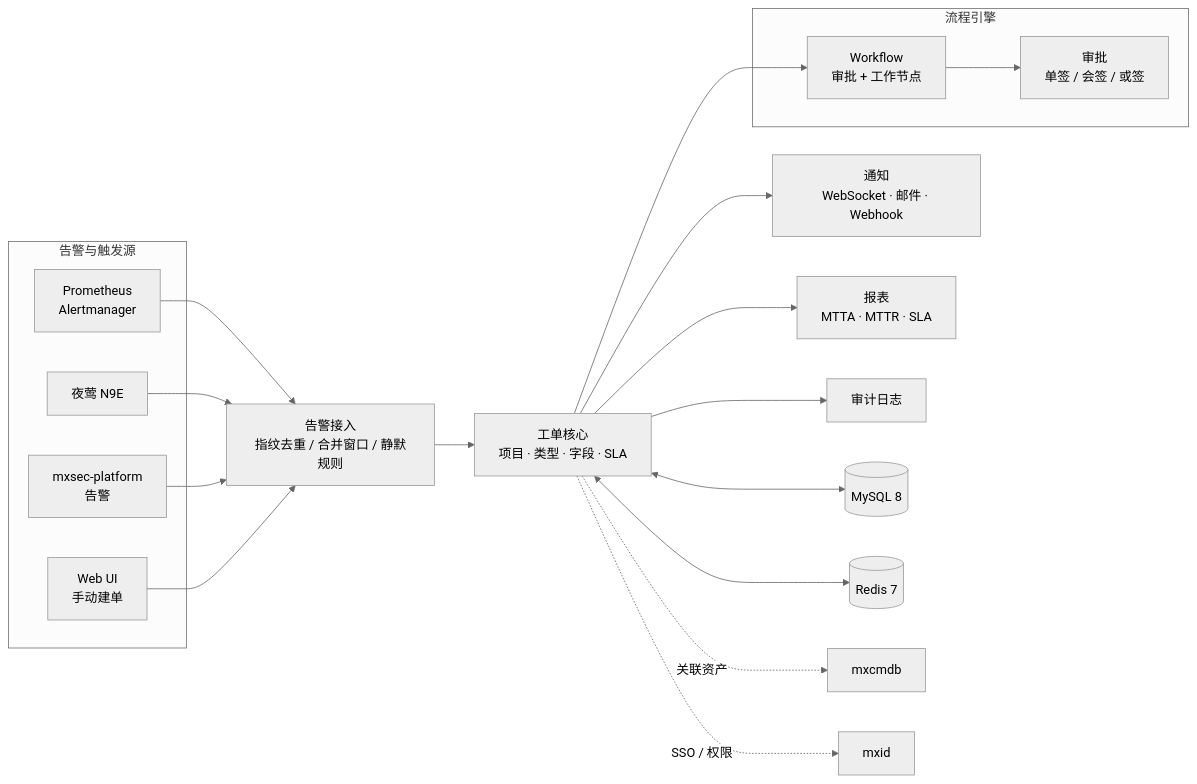
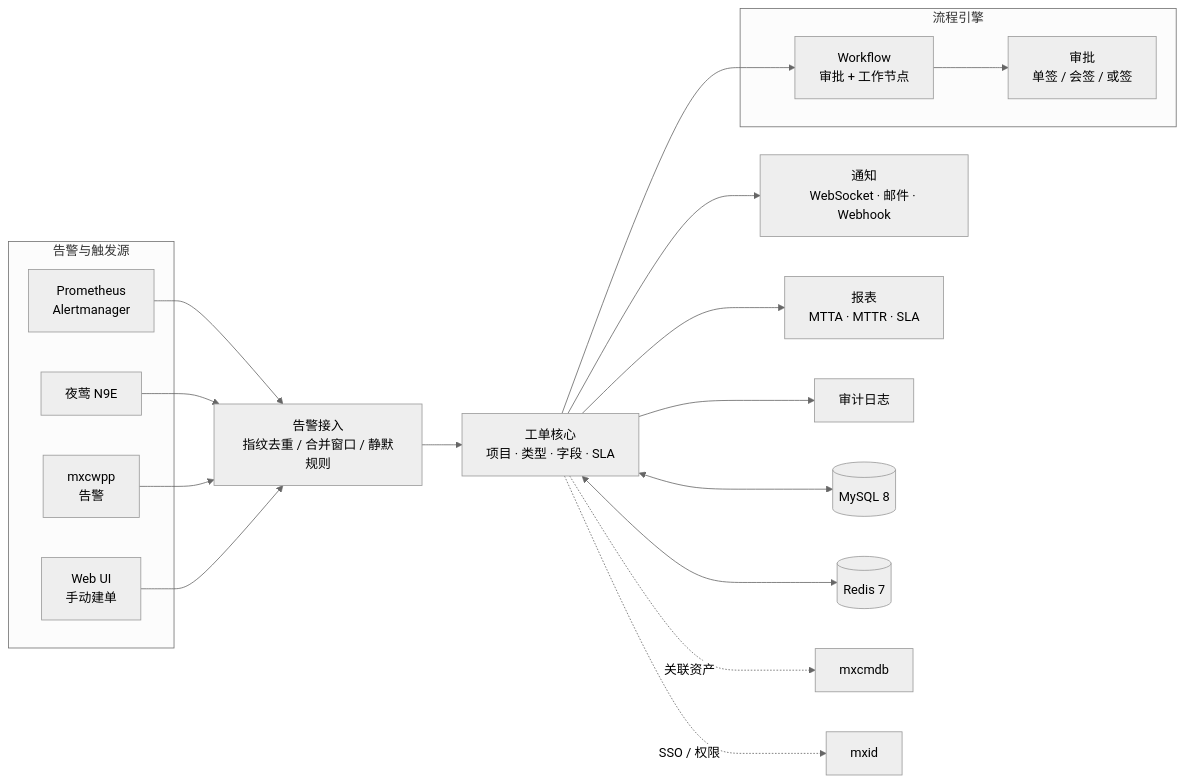
One commit to matrixplusio/mxsite changed the diagram in content/chinese/products/ticketdesk.md. Above: the diagram before and after it, drawn with Mermaid (neutral theme). The commit also changed other lines of this file and 39 other files, not shown here.

First line of the commit message:
refactor: rename product mxsec-platform to mxcwpp

```diff
--- a/content/chinese/products/ticketdesk.md
+++ b/content/chinese/products/ticketdesk.md
@@ -28,36 +28,36 @@
 {{< mermaid >}}
 graph LR
   subgraph SRC[告警与触发源]
     PROM[Prometheus<br/>Alertmanager]
     N9E[夜莺 N9E]
-    MXSEC[mxsec-platform<br/>告警]
+    MXSEC[mxcwpp<br/>告警]
     WEB[Web UI<br/>手动建单]
   end
 
   PROM --> ING
   N9E --> ING
   MXSEC --> ING
   WEB --> ING
 
   ING[告警接入<br/>指纹去重 / 合并窗口 / 静默规则]
 
   ING --> ISSUE[工单核心<br/>项目 · 类型 · 字段 · SLA]
 
   subgraph FLOW[流程引擎]
     WF[Workflow<br/>审批 + 工作节点]
     APPR[审批<br/>单签 / 会签 / 或签]
   end
 
   ISSUE --> WF
   WF --> APPR
 
   ISSUE --> NOTIF[通知<br/>WebSocket · 邮件 · Webhook]
   ISSUE --> REPORT[报表<br/>MTTA · MTTR · SLA]
   ISSUE --> AUDIT[审计日志]
 
   ISSUE <--> MYSQL[(MySQL 8)]
   ISSUE <--> REDIS[(Redis 7)]
 
   ISSUE -.->|关联资产| MXCMDB[mxcmdb]
   ISSUE -.->|SSO / 权限| MXID[mxid]
 {{< /mermaid >}}
```
